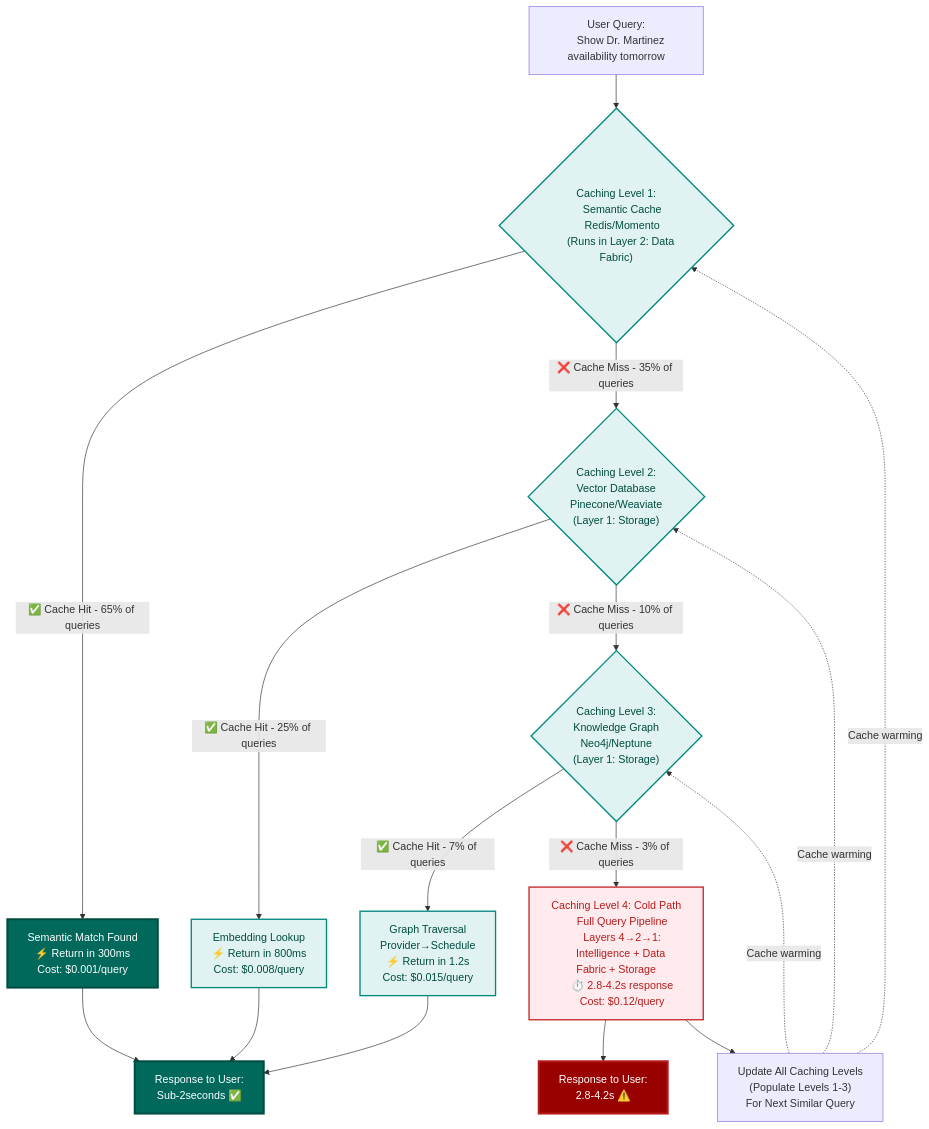
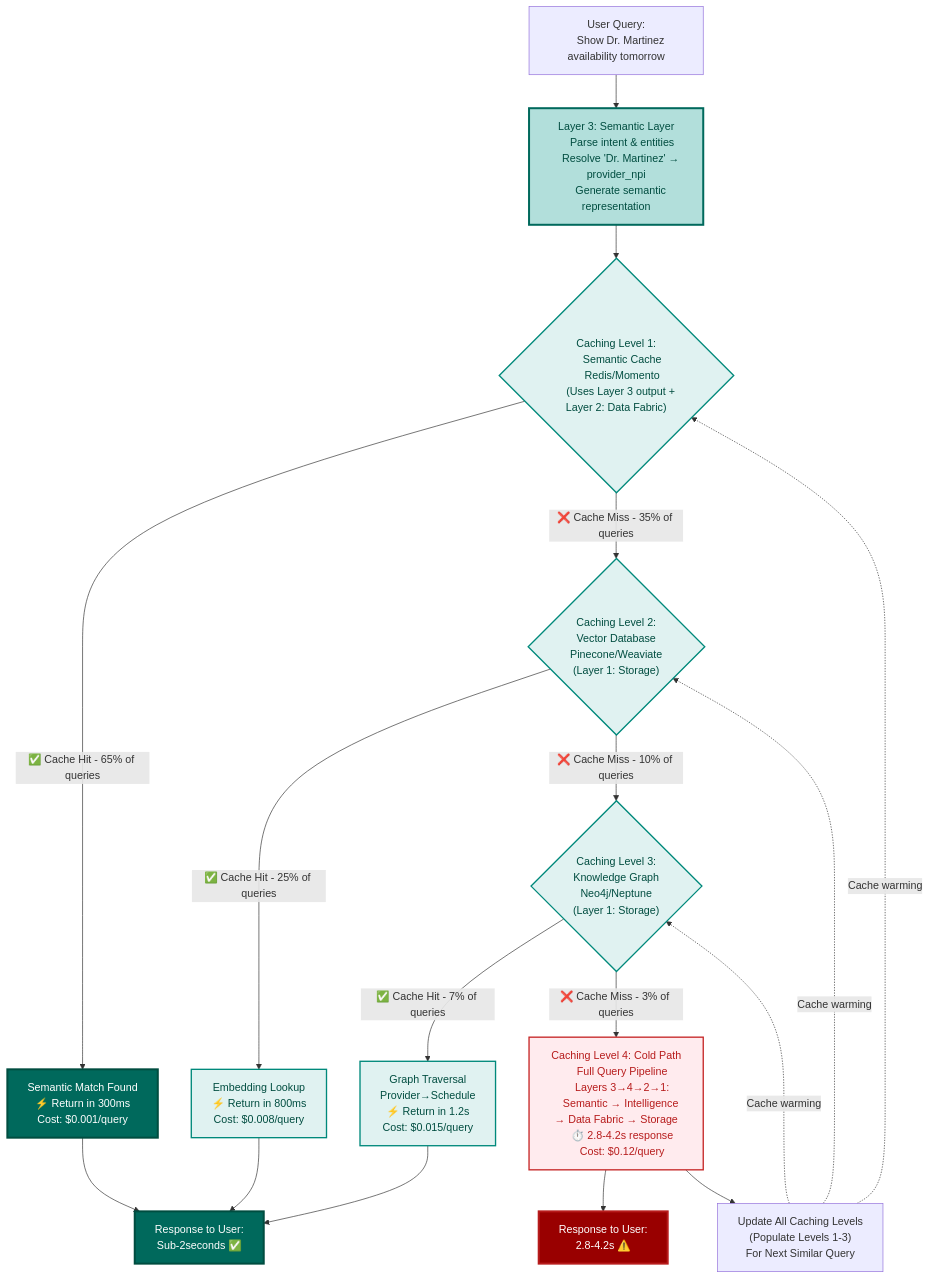
The fifth of 11 diagrams in chapter-02/chapter_2_complete.md (colaberry/enterprise-data-readiness-ai-agents), drawn with Mermaid before and after one commit. The commit also changed other lines of this file, not shown here.

First line of the commit message:
diagram 5 fixed in chapter 2

````diff
--- a/chapter-02/chapter_2_complete.md
+++ b/chapter-02/chapter_2_complete.md
@@ -688,66 +689,72 @@
 ```mermaid
 graph TD
     Q["User Query:
     Show Dr. Martinez availability tomorrow"]
     
-    Q --> L1{"Caching Level 1:
+    Q --> SEM["Layer 3: Semantic Layer
+    Parse intent & entities
+    Resolve 'Dr. Martinez' → provider_npi
+    Generate semantic representation"]
+    
+    SEM --> L1{"Caching Level 1:
     Semantic Cache
     Redis/Momento
-    (Runs in Layer 2: Data Fabric)"}
+    (Uses Layer 3 output + Layer 2: Data Fabric)"}
     
     L1 -->|✅ Cache Hit - 65% of queries| C1["Semantic Match Found
     ⚡ Return in 300ms
     Cost: $0.001/query"]
     
     L1 -->|❌ Cache Miss - 35% of queries| L2{"Caching Level 2:
     Vector Database
     Pinecone/Weaviate
     (Layer 1: Storage)"}
     
     L2 -->|✅ Cache Hit - 25% of queries| C2["Embedding Lookup
     ⚡ Return in 800ms
     Cost: $0.008/query"]
     
     L2 -->|❌ Cache Miss - 10% of queries| L3{"Caching Level 3:
     Knowledge Graph
     Neo4j/Neptune
     (Layer 1: Storage)"}
     
     L3 -->|✅ Cache Hit - 7% of queries| C3["Graph Traversal
     Provider→Schedule
     ⚡ Return in 1.2s
     Cost: $0.015/query"]
     
     L3 -->|❌ Cache Miss - 3% of queries| L4["Caching Level 4: Cold Path
     Full Query Pipeline
-    Layers 4→2→1:
-    Intelligence + Data Fabric + Storage
+    Layers 3→4→2→1:
+    Semantic → Intelligence → Data Fabric → Storage
     ⏱️ 2.8-4.2s response
     Cost: $0.12/query"]
     
     C1 --> R["Response to User:
     Sub-2seconds ✅"]
     C2 --> R
     C3 --> R
     L4 --> SLOW["Response to User:
     2.8-4.2s ⚠️"]
     
     L4 --> U["Update All Caching Levels
     (Populate Levels 1-3)
     For Next Similar Query"]
     
     U -.->|Cache warming| L1
     U -.->|Cache warming| L2
     U -.->|Cache warming| L3
     
+    style SEM fill:#b2dfdb,stroke:#00695c,stroke-width:3px,color:#004d40
     style C1 fill:#00695c,color:#ffffff,stroke:#004d40,stroke-width:3px
     style C2 fill:#e0f2f1,stroke:#00897b,stroke-width:2px,color:#004d40
     style C3 fill:#e0f2f1,stroke:#00897b,stroke-width:2px,color:#004d40
     style L4 fill:#ffebee,stroke:#c62828,stroke-width:2px,color:#b71c1c
     style R fill:#00695c,color:#ffffff,stroke:#004d40,stroke-width:3px
     style SLOW fill:#990000,color:#ffffff,stroke:#b71c1c,stroke-width:3px
     
     style L1 fill:#e0f2f1,stroke:#00897b,stroke-width:2px,color:#004d40
     style L2 fill:#e0f2f1,stroke:#00897b,stroke-width:2px,color:#004d40
     style L3 fill:#e0f2f1,stroke:#00897b,stroke-width:2px,color:#004d40
 ```
````
